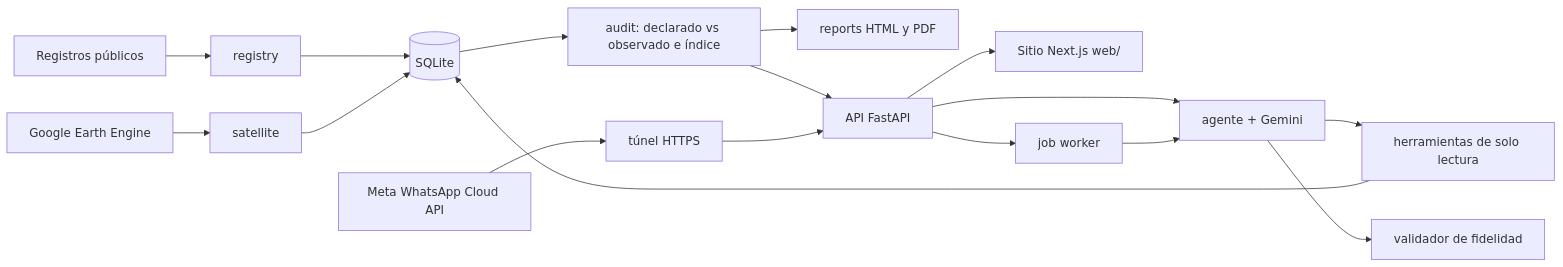
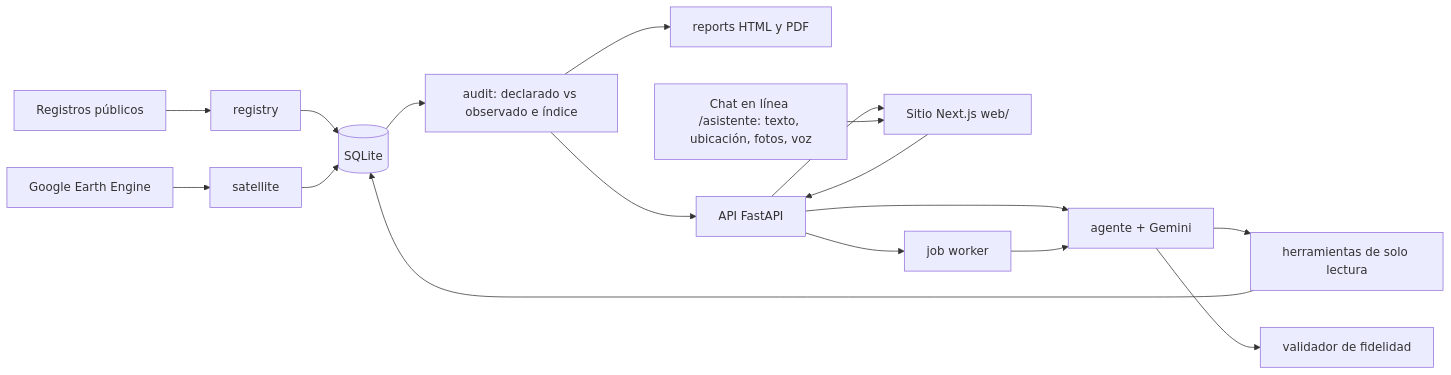
Before and after one commit to MateoBermudez/bosque-vivo: the diagram in docs/architecture/arquitectura.md, drawn with Mermaid. The commit also changed other lines of this file and 7 other files, not shown here.

Commit message:
docs: el chat en línea reemplaza a WhatsApp (ADR 0015)

````diff
--- a/docs/architecture/arquitectura.md
+++ b/docs/architecture/arquitectura.md
@@ -3,18 +3,19 @@
 ```mermaid
 flowchart LR
     R[Registros públicos] --> REG[registry]
     GEE[Google Earth Engine] --> SAT[satellite]
     REG --> DB[(SQLite)]
     SAT --> DB
     DB --> AUD[audit: declarado vs observado e índice]
     AUD --> REP[reports HTML y PDF]
     AUD --> API[API FastAPI]
     API --> AG[agente + Gemini]
     AG --> TOOLS[herramientas de solo lectura]
     TOOLS --> DB
     AG --> GUARD[validador de fidelidad]
     API --> WEB[Sitio Next.js web/]
-    WA[Meta WhatsApp Cloud API] --> TUN[túnel HTTPS] --> API
+    CHAT[Chat en línea /asistente: texto, ubicación, fotos, voz] --> WEB
+    WEB --> API
     API --> JOBS[job worker]
     JOBS --> AG
 ```
````
